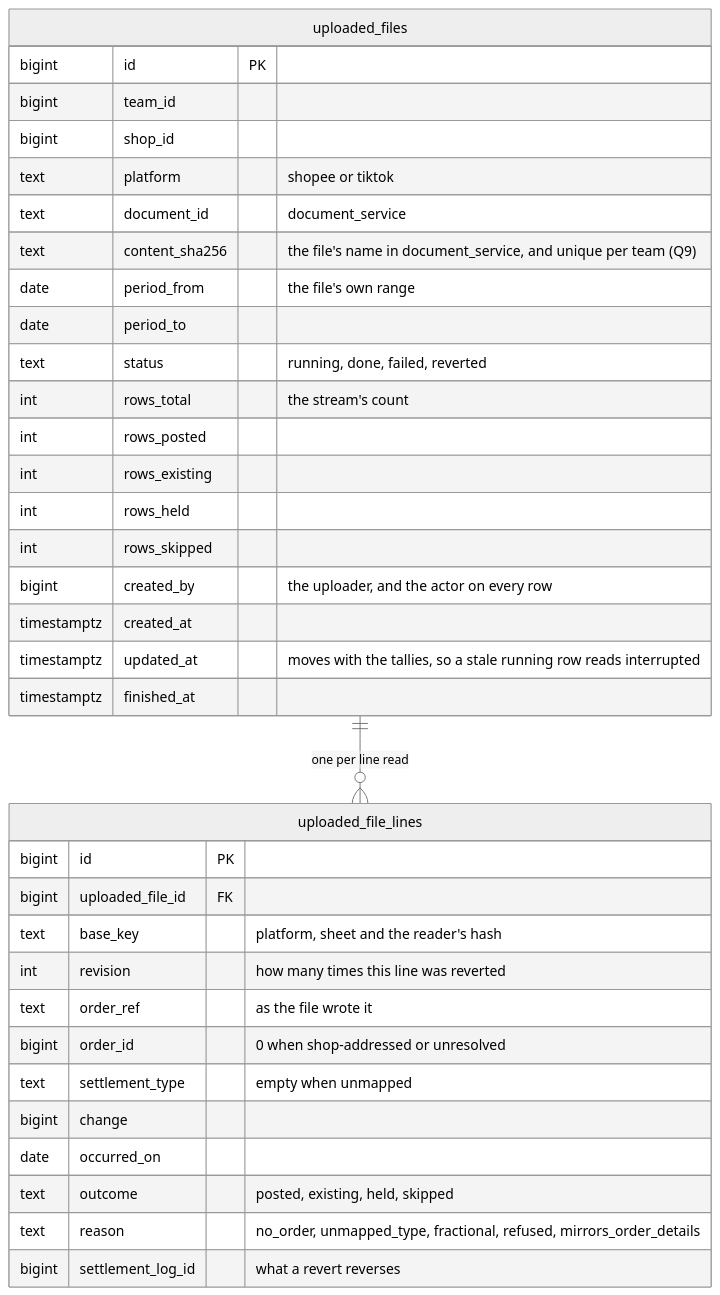
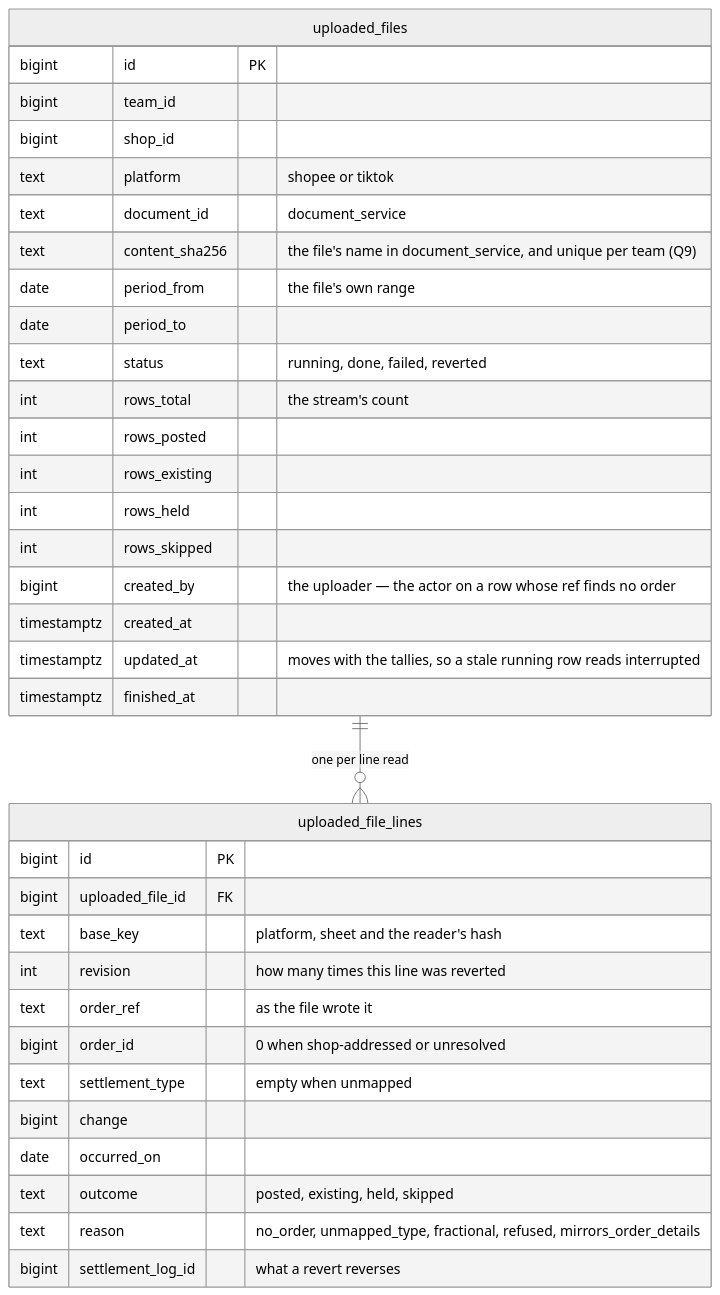
The fifth of 8 diagrams in docs/business/settlement/settlement_importer_clarify.md (pdcgo/warehouse_revamp), drawn with Mermaid (neutral theme) before and after one commit. The commit also changed other lines of this file and 6 other files, not shown here.

First line of the commit message:
settlement: record an-imported-row-names-its-orders-creator-else-the-uploader

````diff
--- a/docs/business/settlement/settlement_importer_clarify.md
+++ b/docs/business/settlement/settlement_importer_clarify.md
@@ -208,38 +210,38 @@
 ```mermaid
 erDiagram
   uploaded_files ||--o{ uploaded_file_lines : "one per line read"
   uploaded_files {
     bigint id PK
     bigint team_id
     bigint shop_id
     text platform "shopee or tiktok"
     text document_id "document_service"
     text content_sha256 "the file's name in document_service, and unique per team (Q9)"
     date period_from "the file's own range"
     date period_to
     text status "running, done, failed, reverted"
     int rows_total "the stream's count"
     int rows_posted
     int rows_existing
     int rows_held
     int rows_skipped
-    bigint created_by "the uploader, and the actor on every row"
+    bigint created_by "the uploader — the actor on a row whose ref finds no order"
     timestamptz created_at
     timestamptz updated_at "moves with the tallies, so a stale running row reads interrupted"
     timestamptz finished_at
   }
   uploaded_file_lines {
     bigint id PK
     bigint uploaded_file_id FK
     text base_key "platform, sheet and the reader's hash"
     int revision "how many times this line was reverted"
     text order_ref "as the file wrote it"
     bigint order_id "0 when shop-addressed or unresolved"
     text settlement_type "empty when unmapped"
     bigint change
     date occurred_on
     text outcome "posted, existing, held, skipped"
     text reason "no_order, unmapped_type, fractional, refused, mirrors_order_details"
     bigint settlement_log_id "what a revert reverses"
   }
 ```
````
